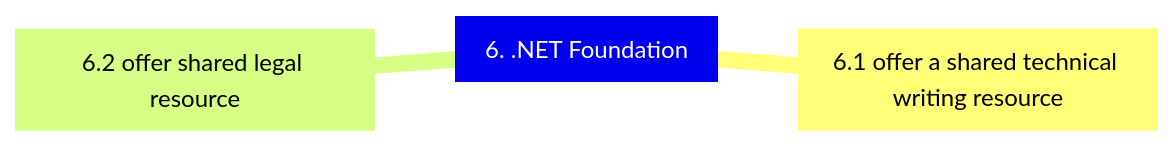
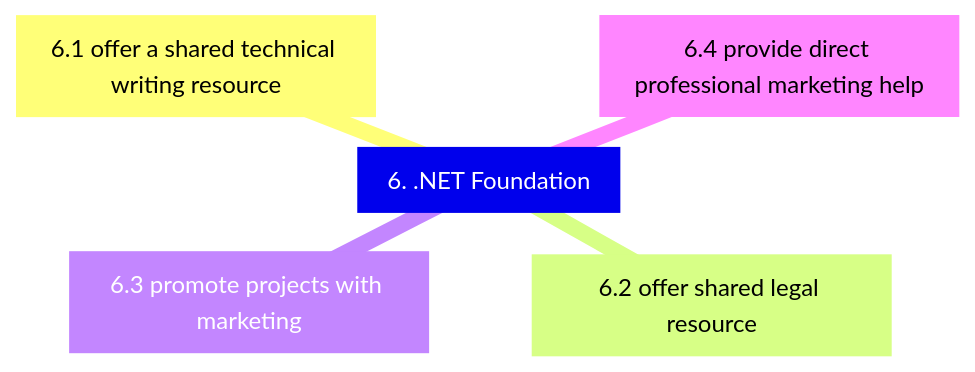
One commit to AWiderDotNET/home changed the sixth of 9 diagrams in README.md. Above: the diagram before and after it, drawn with Mermaid. The commit also changed other lines of this file, not shown here.

````diff
--- a/README.md
+++ b/README.md
@@ -170,6 +174,8 @@
 ```mermaid
 mindmap
   6[6. .NET Foundation]
     6.1[6.1 offer a shared technical writing resource]
     6.2[6.2 offer shared legal resource]
+    6.3[6.3 promote projects with marketing]
+    6.4[6.4 provide direct professional marketing help]
 ```
````
